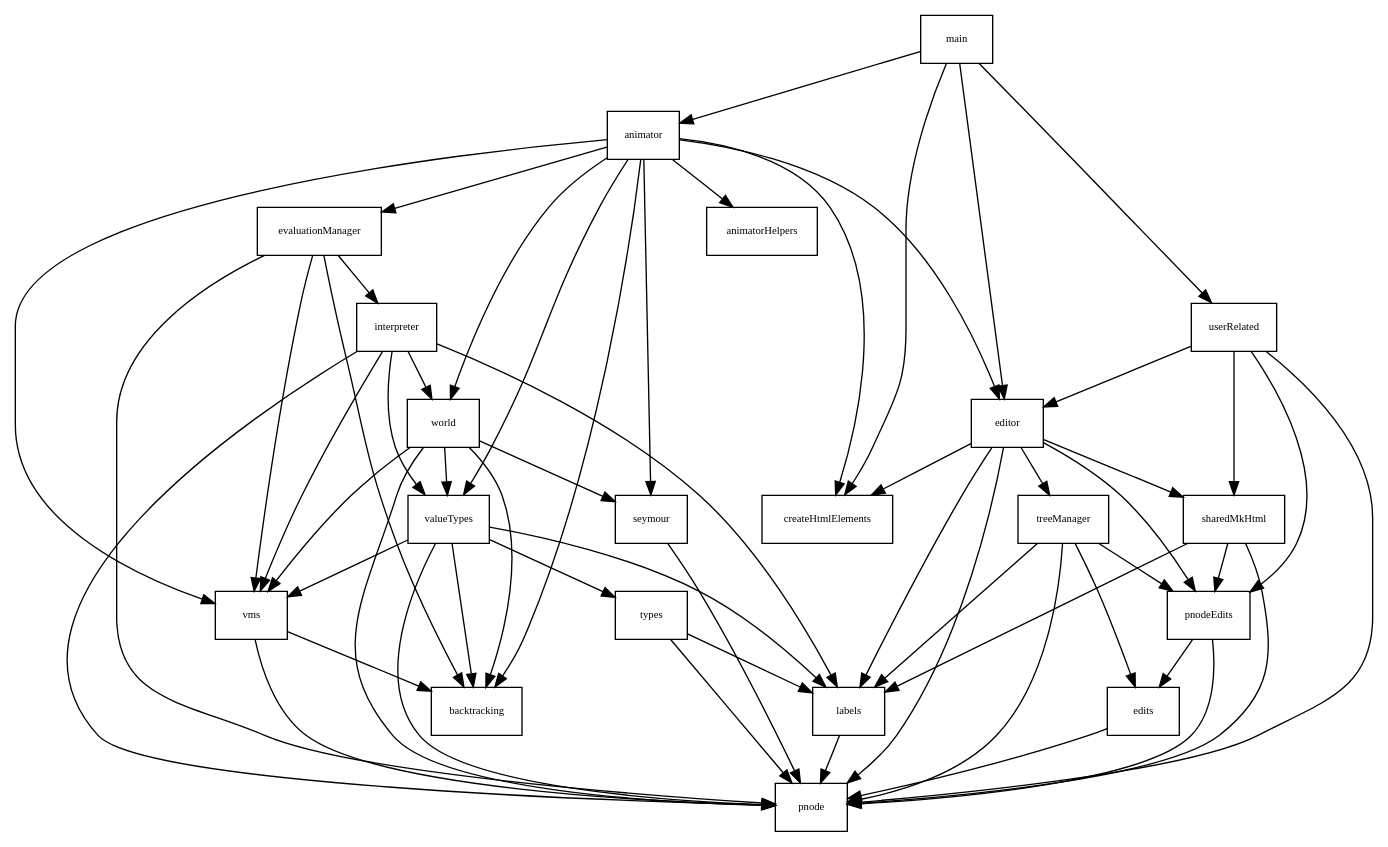
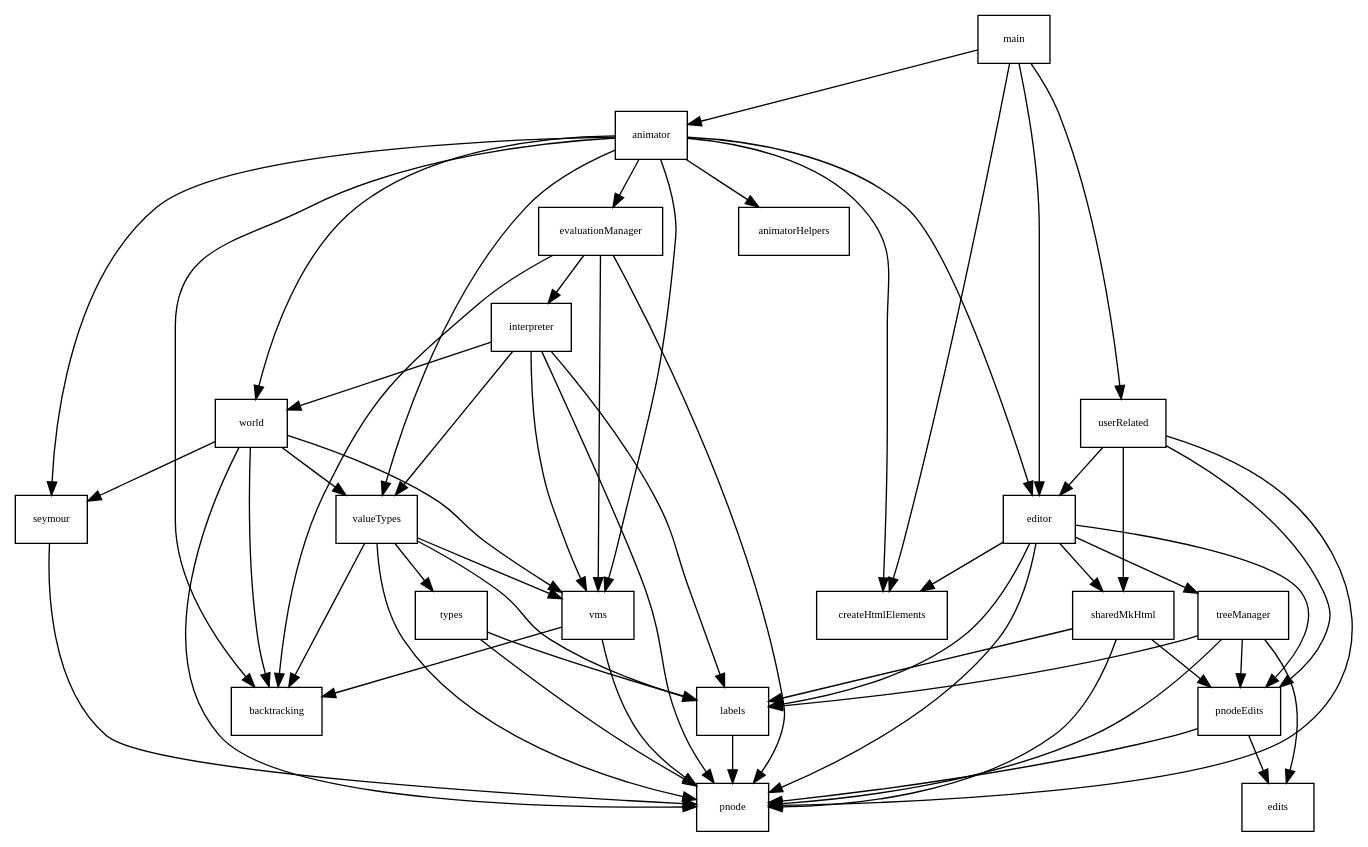
The diagram in typescriptSrc/dependence.gv (theodore-norvell/PLAAY), drawn with Graphviz before and after one commit. The commit also changed 4 other files, not shown here.

Commit message:
Update dependence diagrams.

```diff
--- a/typescriptSrc/dependence.gv
+++ b/typescriptSrc/dependence.gv
@@ -1,81 +1,79 @@
 digraph Depends {
 
    gsize="8,6"; ratio=fill;
    node[fontsize=8, shape=rectangle];
 
 
    animator -> animatorHelpers ;
    animator -> backtracking ;
    animator -> createHtmlElements ;
    animator -> editor ;
    animator -> evaluationManager ;
    animator -> seymour ;
    animator -> valueTypes ;
    animator -> vms ;
    animator -> world ;
 
    editor -> createHtmlElements ;
    editor -> labels ;
    editor -> pnode ;
    editor -> pnodeEdits ;
    editor -> sharedMkHtml ;
    editor -> treeManager ;
-
-   edits -> pnode ;
 
    evaluationManager -> backtracking ;
    evaluationManager -> interpreter ;
    evaluationManager -> pnode ;
    evaluationManager -> vms ;
 
    interpreter -> labels ;
    interpreter -> pnode ;
    interpreter -> valueTypes ;
    interpreter -> vms ;
    interpreter -> world ;
 
    labels -> pnode ;
 
    main -> createHtmlElements ;
    main -> animator ;
    main -> editor ;
    main -> userRelated ;
 
    pnodeEdits -> edits ;
    pnodeEdits -> pnode ;
 
    seymour -> pnode ;
 
    sharedMkHtml -> labels ;
    sharedMkHtml -> pnode ;
    sharedMkHtml -> pnodeEdits ;
 
    treeManager -> edits ;
    treeManager -> labels ;
    treeManager -> pnode ;
    treeManager -> pnodeEdits ;
 
    userRelated -> editor ;
    userRelated -> pnodeEdits ;
    userRelated -> pnode ;
    userRelated -> sharedMkHtml ;
    
    valueTypes -> backtracking ;
    valueTypes -> labels ;
    valueTypes -> pnode ;
    valueTypes -> vms ;
    valueTypes -> types ;
    
    types -> pnode ;
    types -> labels ;
 
    
    vms -> backtracking
    vms -> pnode ;
 
    world -> backtracking ;
    world -> pnode ;
    world -> seymour ;
    world -> valueTypes ;
    world -> vms ;
 }
```
